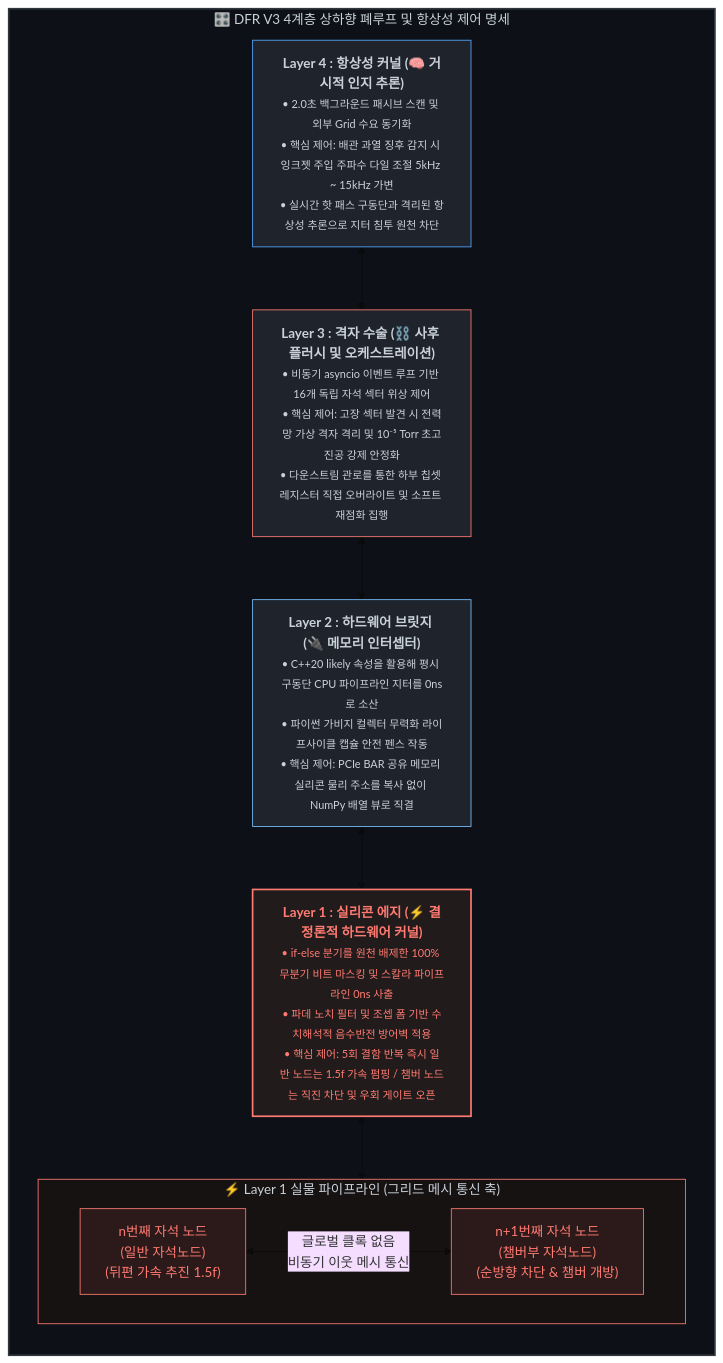
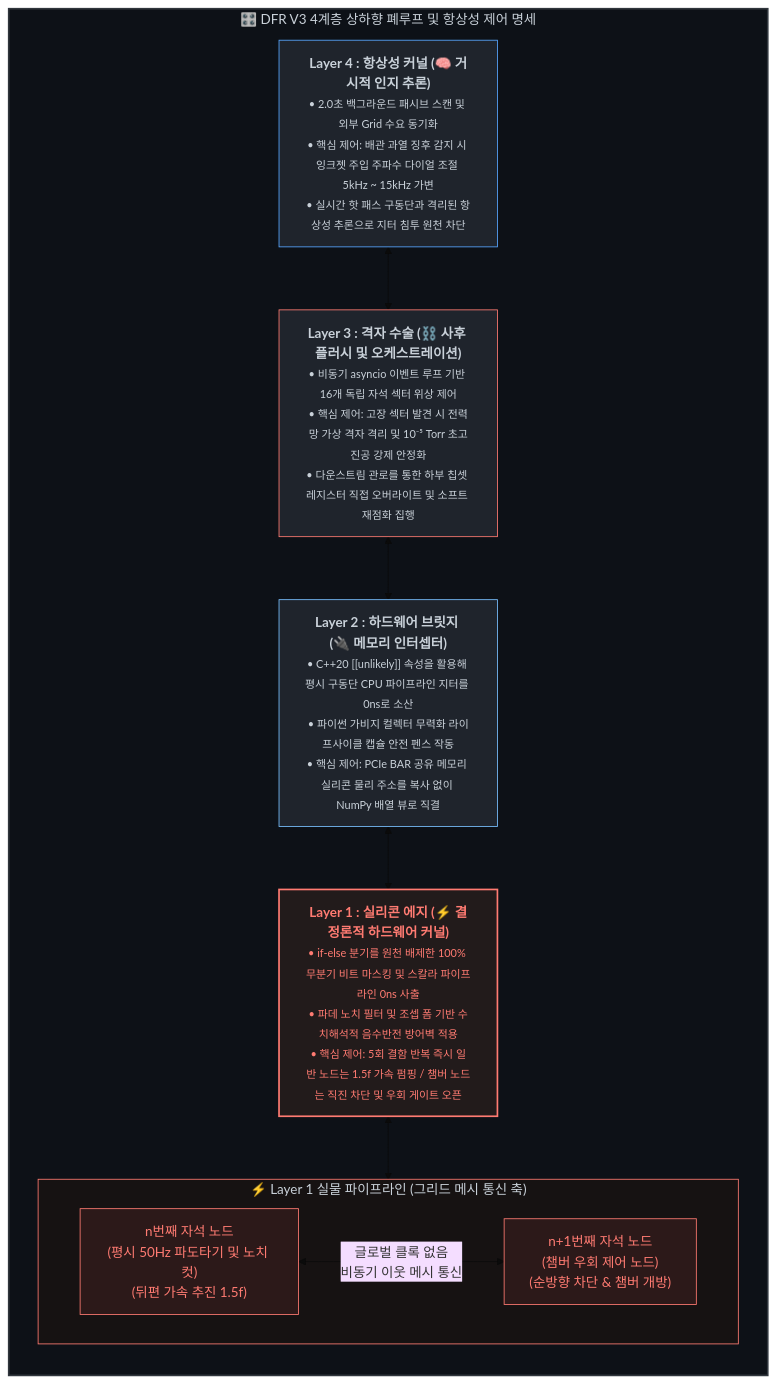
One commit to PJHkorea/discrete-filament-router-KR changed the diagram in README.md. Above: the diagram before and after it, drawn with Mermaid (base theme). The commit also changed other lines of this file, not shown here.

````diff
--- a/README.md
+++ b/README.md
@@ -47,41 +55,41 @@
 ```mermaid
 graph TD
     %% 전체 제어 루프 구조 정의
     subgraph SYSTEM_LAYERS ["🎛️ DFR V3 4계층 상하향 폐루프 및 항상성 제어 명세"]
         direction TB
 
         %% Layer 4 정의
-        L4["<b>Layer 4 : 항상성 커널 (🧠 거시적 인지 추론)</b><br><font size=2>• 2.0초 백그라운드 패시브 스캔 및 외부 Grid 수요 동기화<br>• 핵심 제어: 배관 과열 징후 감지 시 잉크젯 주입 주파수 다일 조절 5kHz ~ 15kHz 가변<br>• 실시간 핫 패스 구동단과 격리된 항상성 추론으로 지터 침투 원천 차단</font>"]
+        L4["<b>Layer 4 : 항상성 커널 (🧠 거시적 인지 추론)</b><br><font size=2>• 2.0초 백그라운드 패시브 스캔 및 외부 Grid 수요 동기화<br>• 핵심 제어: 배관 과열 징후 감지 시 잉크젯 주입 주파수 다이얼 조절 5kHz ~ 15kHz 가변<br>• 실시간 핫 패스 구동단과 격리된 항상성 추론으로 지터 침투 원천 차단</font>"]
 
         %% Layer 3 정의
         L3["<b>Layer 3 : 격자 수술 (⛓️ 사후 플러시 및 오케스트레이션)</b><br><font size=2>• 비동기 asyncio 이벤트 루프 기반 16개 독립 자석 섹터 위상 제어<br>• 핵심 제어: 고장 섹터 발견 시 전력망 가상 격자 격리 및 10⁻⁵ Torr 초고진공 강제 안정화<br>• 다운스트림 관로를 통한 하부 칩셋 레지스터 직접 오버라이트 및 소프트 재점화 집행</font>"]
 
         %% Layer 2 정의
-        L2["<b>Layer 2 : 하드웨어 브릿지 (🔌 메모리 인터셉터)</b><br><font size=2>• C++20 likely 속성을 활용해 평시 구동단 CPU 파이프라인 지터를 0ns로 소산<br>• 파이썬 가비지 컬렉터 무력화 라이프사이클 캡슐 안전 펜스 작동<br>• 핵심 제어: PCIe BAR 공유 메모리 실리콘 물리 주소를 복사 없이 NumPy 배열 뷰로 직결</font>"]
+        L2["<b>Layer 2 : 하드웨어 브릿지 (🔌 메모리 인터셉터)</b><br><font size=2>• C++20 [[unlikely]] 속성을 활용해 평시 구동단 CPU 파이프라인 지터를 0ns로 소산<br>• 파이썬 가비지 컬렉터 무력화 라이프사이클 캡슐 안전 펜스 작동<br>• 핵심 제어: PCIe BAR 공유 메모리 실리콘 물리 주소를 복사 없이 NumPy 배열 뷰로 직결</font>"]
 
         %% Layer 1 메인 컨테이너 및 수평 노드 정의 (subgraph 우회로 정렬 유도)
         L1["<b>Layer 1 : 실리콘 에지 (⚡ 결정론적 하드웨어 커널)</b><br><font size=2>• if-else 분기를 원천 배제한 100% 무분기 비트 마스킹 및 스칼라 파이프라인 0ns 사출<br>• 파데 노치 필터 및 조셉 폼 기반 수치해석적 음수반전 방어벽 적용<br>• 핵심 제어: 5회 결함 반복 즉시 일반 노드는 1.5f 가속 펌핑 / 챔버 노드는 직진 차단 및 우회 게이트 오픈</font>"]
 
         subgraph L1_GRID ["⚡ Layer 1 실물 파이프라인 (그리드 메시 통신 축)"]
             direction LR
-            L1_N1["n번째 자석 노드<br>(일반 자석노드)<br>(뒤편 가속 추진 1.5f)"] <-->|글로벌 클록 없음<br>비동기 이웃 메시 통신| L1_N2["n+1번째 자석 노드<br>(챔버부 자석노드)<br>(순방향 차단 & 챔버 개방)"]
+            L1_N1["n번째 자석 노드<br>(평시 50Hz 파도타기 및 노치 컷)<br>(뒤편 가속 추진 1.5f)"] <-->|글로벌 클록 없음<br>비동기 이웃 메시 통신| L1_N2["n+1번째 자석 노드<br>(챔버 우회 제어 노드)<br>(순방향 차단 & 챔버 개방)"]
         end
 
         %% 상하향식 유기적 피드백 관로 연결
         L4 <--> L3
         L3 <--> L2
         L2 <--> L1
         L1 <--> L1_GRID
     end
 
     %% 🎨 깃허브 파서 안전 규격 스타일링
     style SYSTEM_LAYERS fill:#0d1117,stroke:#30363d,stroke-width:2px,color:#c9d1d9
     style L1_GRID fill:#161212,stroke:#ff7b72,stroke-width:1px,color:#c9d1d9
     
     style L4 fill:#1f242c,stroke:#58a6ff,stroke-width:1px,color:#c9d1d9
     style L3 fill:#1f242c,stroke:#ff7b72,stroke-width:1px,color:#c9d1d9
     style L2 fill:#1f242c,stroke:#79c0ff,stroke-width:1px,color:#c9d1d9
     style L1 fill:#221b1b,stroke:#ff7b72,stroke-width:2px,color:#ff7b72
     style L1_N1 fill:#2c1919,stroke:#ff7b72,stroke-width:1px,color:#ff7b72
     style L1_N2 fill:#2c1919,stroke:#ff7b72,stroke-width:1px,color:#ff7b72
 ```
````
